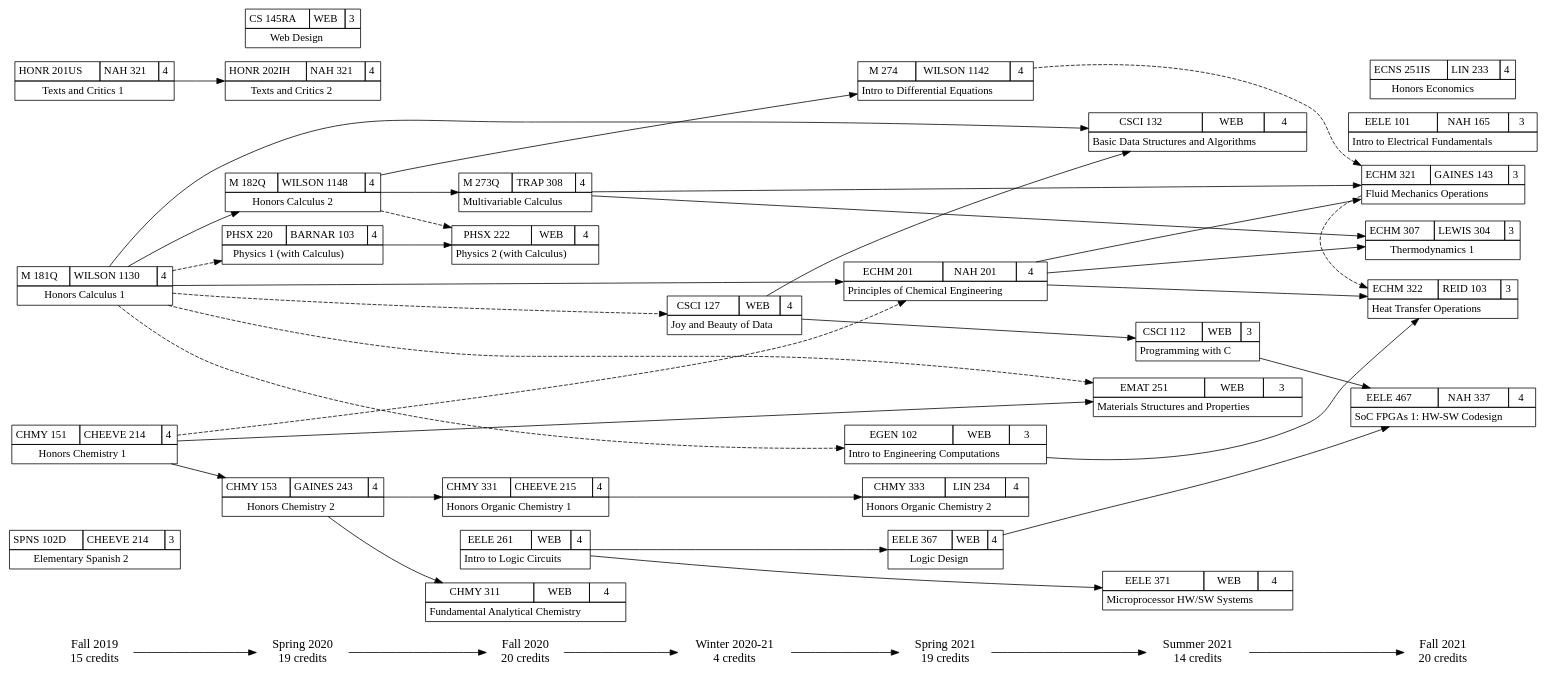
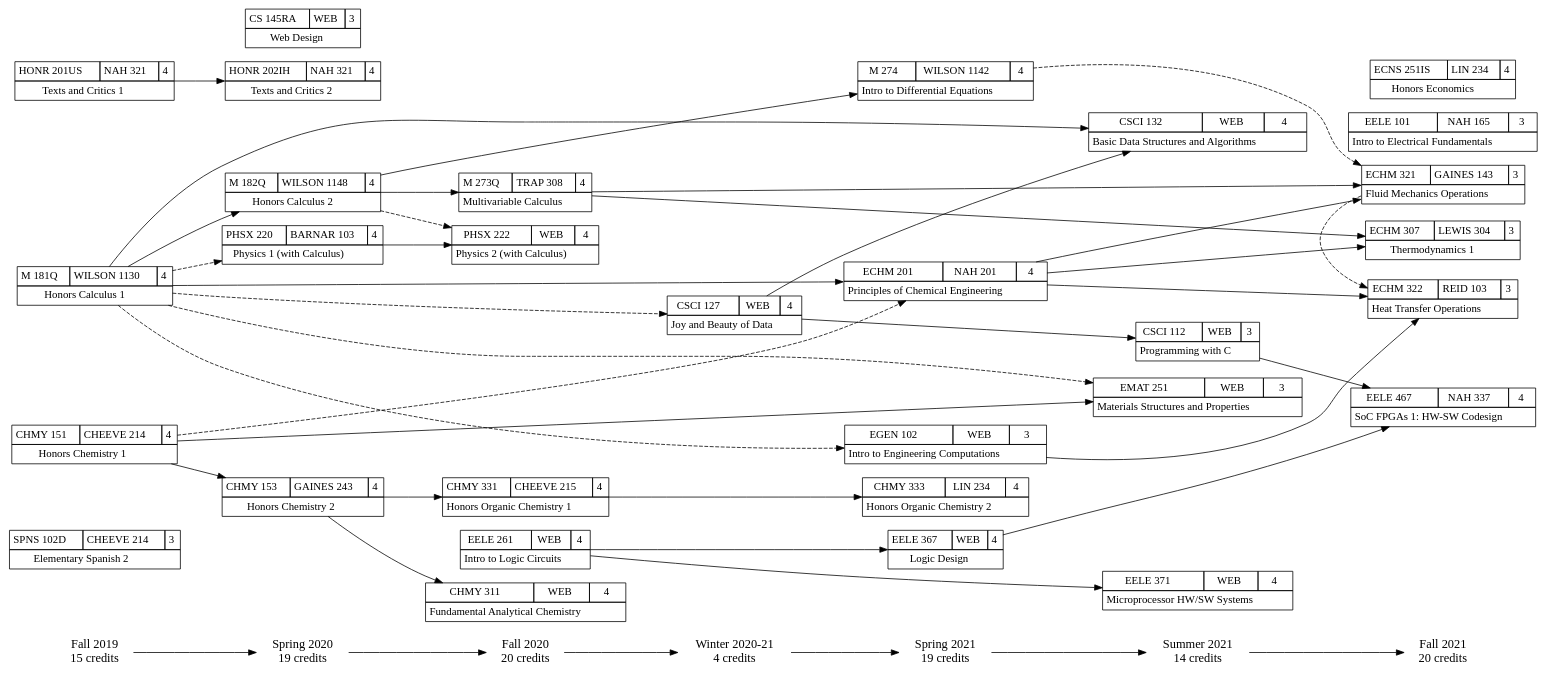
One commit to w-culhane/courses-flowchart changed the diagram in courses_current.gv. Above: the diagram before and after it, drawn with Graphviz. The commit also changed 1 other file, not shown here.

```diff
--- a/courses_current.gv
+++ b/courses_current.gv
@@ -318,7 +318,7 @@
 <TABLE BORDER="0" CELLBORDER="1" CELLSPACING="0" CELLPADDING="4">
 <TR>
 <TD>\N</TD>
-<TD>LIN 233</TD>
+<TD>LIN 234</TD>
 <TD>4</TD>
 </TR>
 <TR><TD COLSPAN="3">Honors Economics</TD></TR>
```
